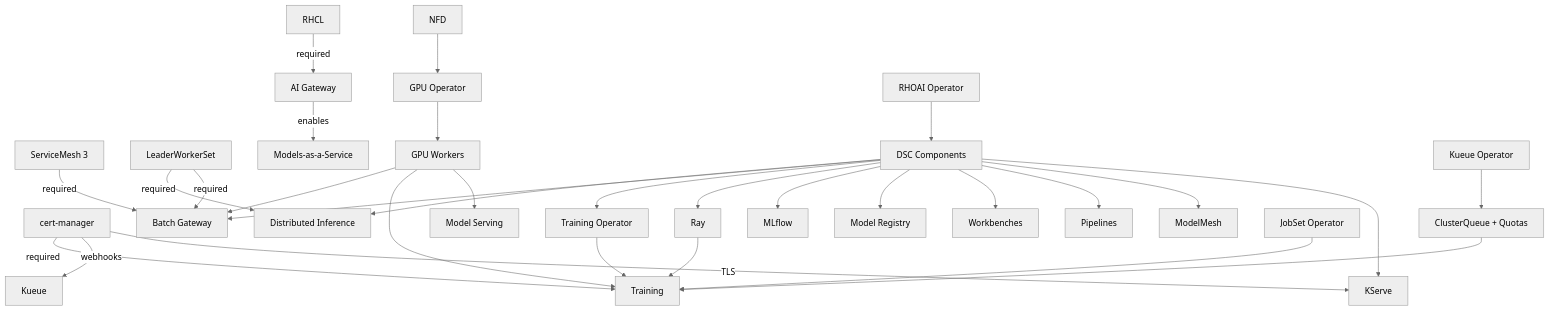
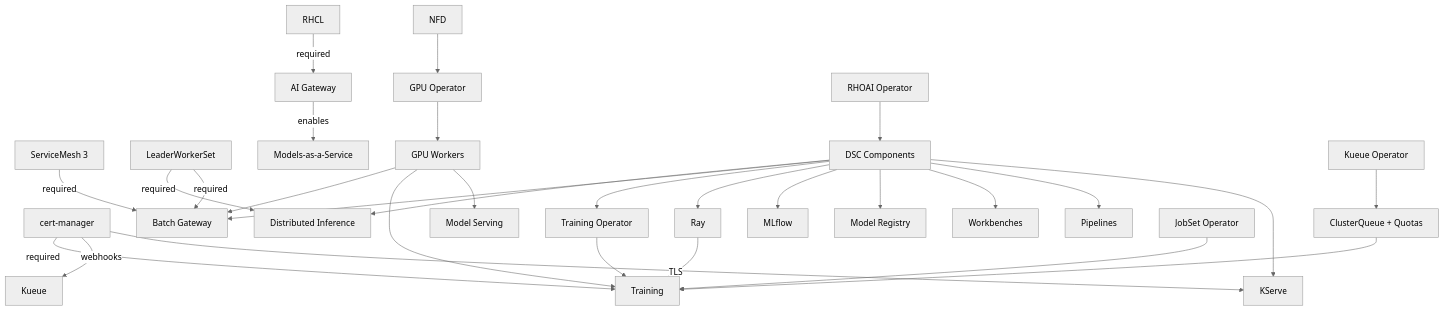
Before and after one commit to rrbanda/rhoai-deploy-gitops: the diagram in docs/capabilities/index.md, drawn with Mermaid (neutral theme). The commit also changed other lines of this file and 27 other files, not shown here.

````diff
--- a/docs/capabilities/index.md
+++ b/docs/capabilities/index.md
@@ -25,32 +25,31 @@
 ```mermaid
 graph TD
   CertMgr["cert-manager"] -->|"TLS"| KServe["KServe"]
   CertMgr -->|"webhooks"| Kueue["Kueue"]
   CertMgr -->|"required"| Training["Training"]
   ServiceMesh["ServiceMesh 3"] -->|"required"| BatchGW["Batch Gateway"]
   LWS["LeaderWorkerSet"] -->|"required"| BatchGW
   LWS -->|"required"| DistInf["Distributed Inference"]
   RHCL["RHCL"] -->|"required"| AIGateway["AI Gateway"]
   AIGateway -->|"enables"| MaaS["Models-as-a-Service"]
   NFD["NFD"] --> GPU["GPU Operator"]
   GPU --> GPUNodes["GPU Workers"]
   GPUNodes --> Serving["Model Serving"]
   GPUNodes --> Training
   GPUNodes --> BatchGW
   RHOAI["RHOAI Operator"] --> DSC["DSC Components"]
   DSC --> KServe
-  DSC --> ModelMesh["ModelMesh"]
   DSC --> Pipelines["Pipelines"]
   DSC --> Workbenches["Workbenches"]
   DSC --> Registry["Model Registry"]
   DSC --> MLflow["MLflow"]
   DSC --> Ray["Ray"]
   DSC --> TrainOp["Training Operator"]
   DSC --> BatchGW
   DSC --> DistInf
   KueueOp["Kueue Operator"] --> KueueCfg["ClusterQueue + Quotas"]
   KueueCfg --> Training
   JobSet["JobSet Operator"] --> Training
   Ray --> Training
   TrainOp --> Training
 ```
````
